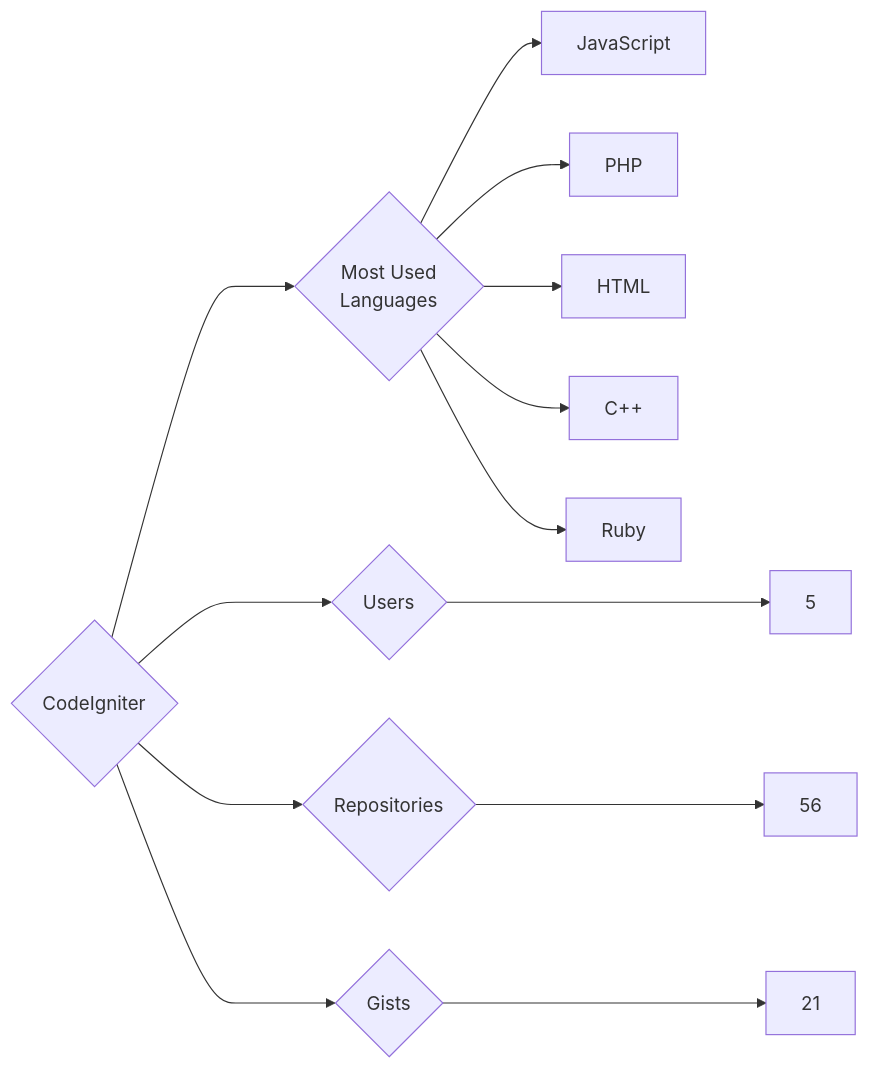
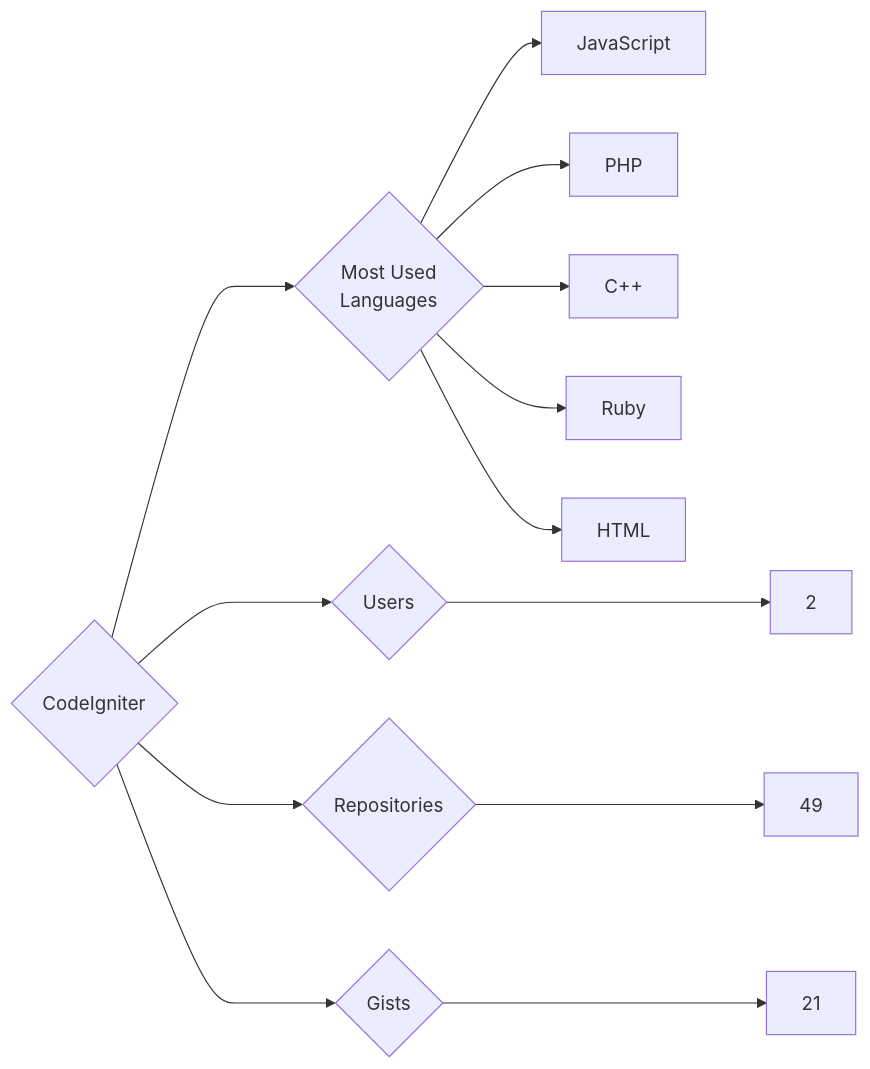
One commit to trickest/insiders changed the diagram in targets/CodeIgniter/README.md. Above: the diagram before and after it, drawn with Mermaid. The commit also changed 681 other files, not shown here.

````diff
--- a/targets/CodeIgniter/README.md
+++ b/targets/CodeIgniter/README.md
@@ -3,13 +3,13 @@
 ```mermaid
 graph LR
 COMPANY_NAME{CodeIgniter}
-COMPANY_NAME ---> U{Users} ---> UN[5]
-COMPANY_NAME ---> R{Repositories} ---> RN[56]
+COMPANY_NAME ---> U{Users} ---> UN[2]
+COMPANY_NAME ---> R{Repositories} ---> RN[49]
 COMPANY_NAME ---> G{Gists} ---> GN[21]
 COMPANY_NAME ---> ML{Most Used<br>Languages}
 ML --> JavaScript[JavaScript]
 ML --> PHP[PHP]
-ML --> HTML[HTML]
 ML --> C++[C++]
 ML --> Ruby[Ruby]
+ML --> HTML[HTML]
 ```
````
